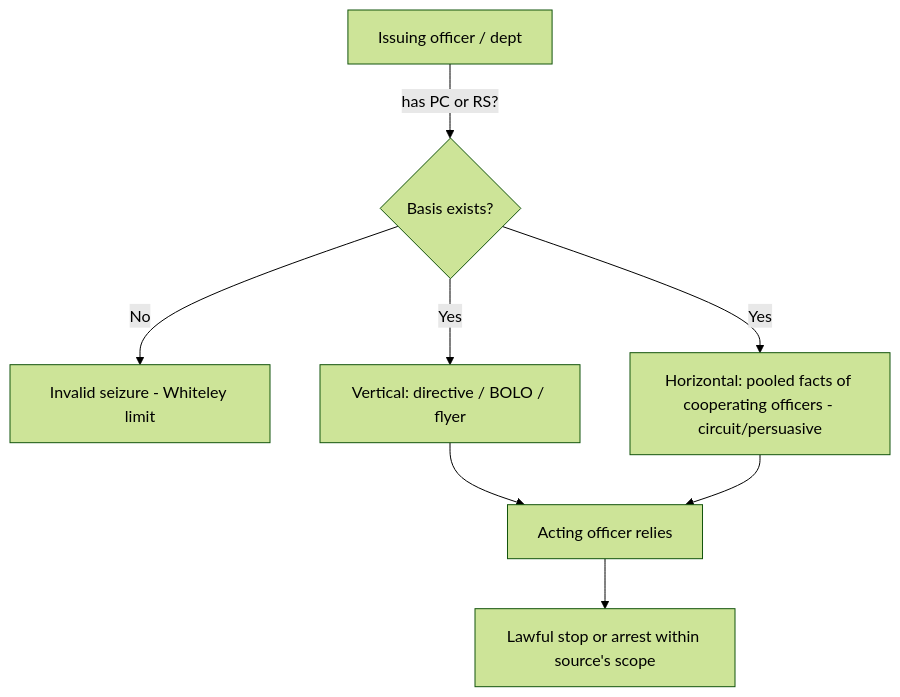
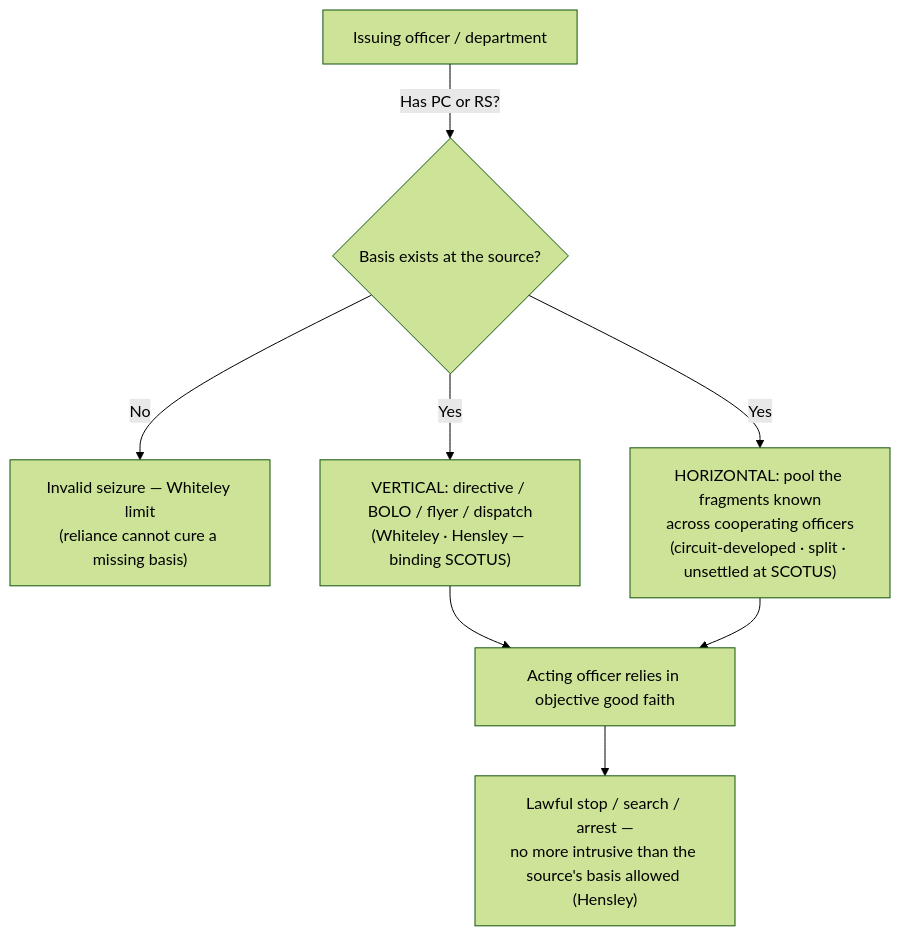
One commit to Enragedsaturday/cssi changed the diagram in content/4-what-is-a-seizure/Collective Knowledge and the Fellow-Officer Rule.md. Above: the diagram before and after it, drawn with Mermaid (forest theme). The commit also changed other lines of this file and 5 other files, not shown here.

````diff
--- a/content/4-what-is-a-seizure/Collective Knowledge and the Fellow-Officer Rule.md
+++ b/content/4-what-is-a-seizure/Collective Knowledge and the Fellow-Officer Rule.md
@@ -55,10 +71,10 @@
 ```mermaid
 flowchart TD
-    A[Issuing officer / dept] -->|has PC or RS?| B{Basis exists?}
-    B -->|No| X[Invalid seizure - Whiteley limit]
-    B -->|Yes| C[Vertical: directive / BOLO / flyer]
-    B -->|Yes| D[Horizontal: pooled facts of cooperating officers - circuit/persuasive]
-    C --> E[Acting officer relies]
+    A["Issuing officer / department"] -->|"Has PC or RS?"| B{"Basis exists at the source?"}
+    B -->|No| X["Invalid seizure — Whiteley limit<br/>(reliance cannot cure a missing basis)"]
+    B -->|Yes| C["VERTICAL: directive / BOLO / flyer / dispatch<br/>(Whiteley · Hensley — binding SCOTUS)"]
+    B -->|Yes| D["HORIZONTAL: pool the fragments known<br/>across cooperating officers<br/>(circuit-developed · split · unsettled at SCOTUS)"]
+    C --> E["Acting officer relies in objective good faith"]
     D --> E
-    E --> F[Lawful stop or arrest within source's scope]
+    E --> F["Lawful stop / search / arrest —<br/>no more intrusive than the source's basis allowed (Hensley)"]
 ```
````
